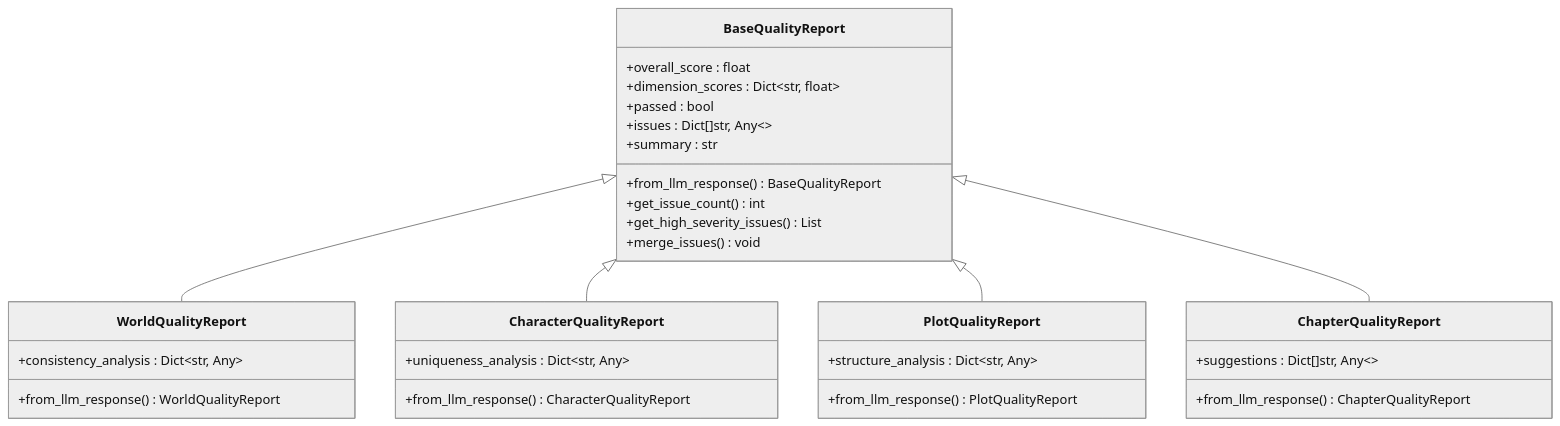
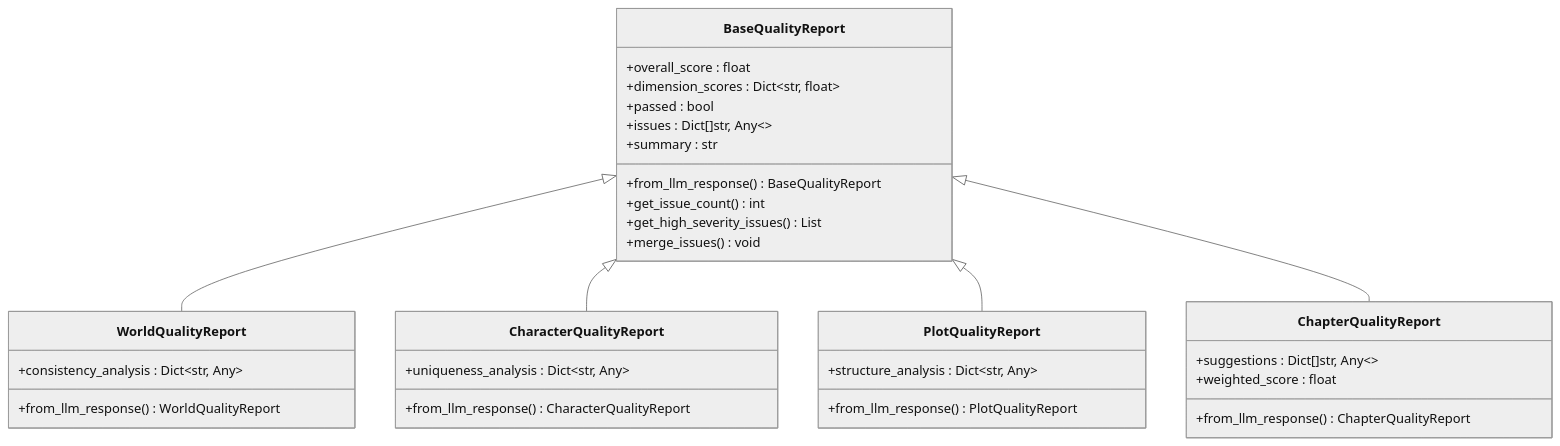
The fourth of 12 diagrams in .qoder/repowiki/zh/content/AI智能体系统/AI智能体系统.md (xfbyxq/ai-novel-system), drawn with Mermaid (neutral theme) before and after one commit. The commit also changed other lines of this file and 84 other files, not shown here.

````diff
--- a/.qoder/repowiki/zh/content/AI智能体系统/AI智能体系统.md
+++ b/.qoder/repowiki/zh/content/AI智能体系统/AI智能体系统.md
@@ -274,34 +328,35 @@
 ```mermaid
 classDiagram
 class BaseQualityReport {
 +overall_score : float
 +dimension_scores : Dict~str, float~
 +passed : bool
 +issues : Dict[]str, Any~~
 +summary : str
 +from_llm_response() BaseQualityReport
 +get_issue_count() int
 +get_high_severity_issues() List
 +merge_issues() void
 }
 class WorldQualityReport {
 +consistency_analysis : Dict~str, Any~
 +from_llm_response() WorldQualityReport
 }
 class CharacterQualityReport {
 +uniqueness_analysis : Dict~str, Any~
 +from_llm_response() CharacterQualityReport
 }
 class PlotQualityReport {
 +structure_analysis : Dict~str, Any~
 +from_llm_response() PlotQualityReport
 }
 class ChapterQualityReport {
 +suggestions : Dict[]str, Any~~
++weighted_score : float
 +from_llm_response() ChapterQualityReport
 }
 BaseQualityReport <|-- WorldQualityReport
 BaseQualityReport <|-- CharacterQualityReport
 BaseQualityReport <|-- PlotQualityReport
 BaseQualityReport <|-- ChapterQualityReport
 ```
````
